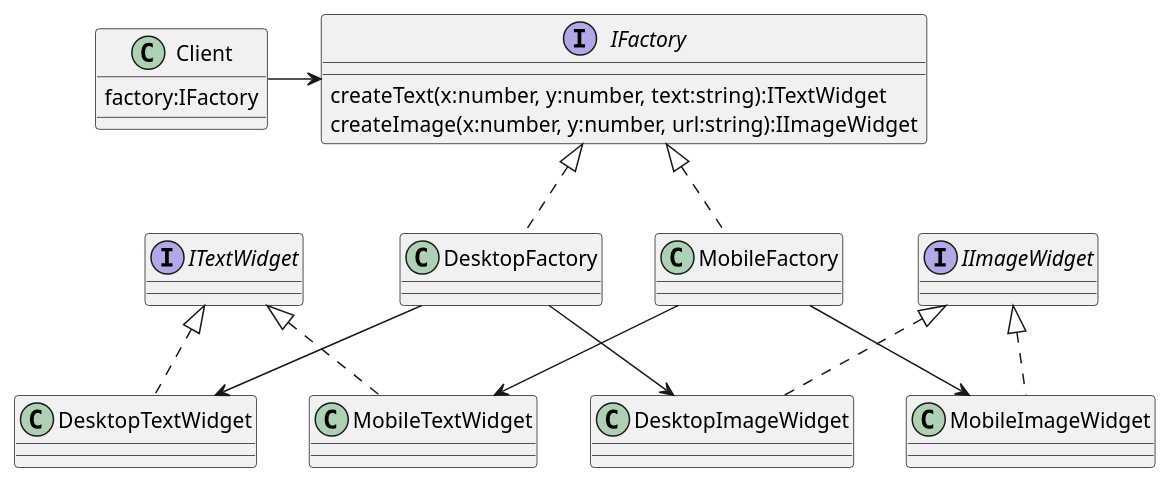
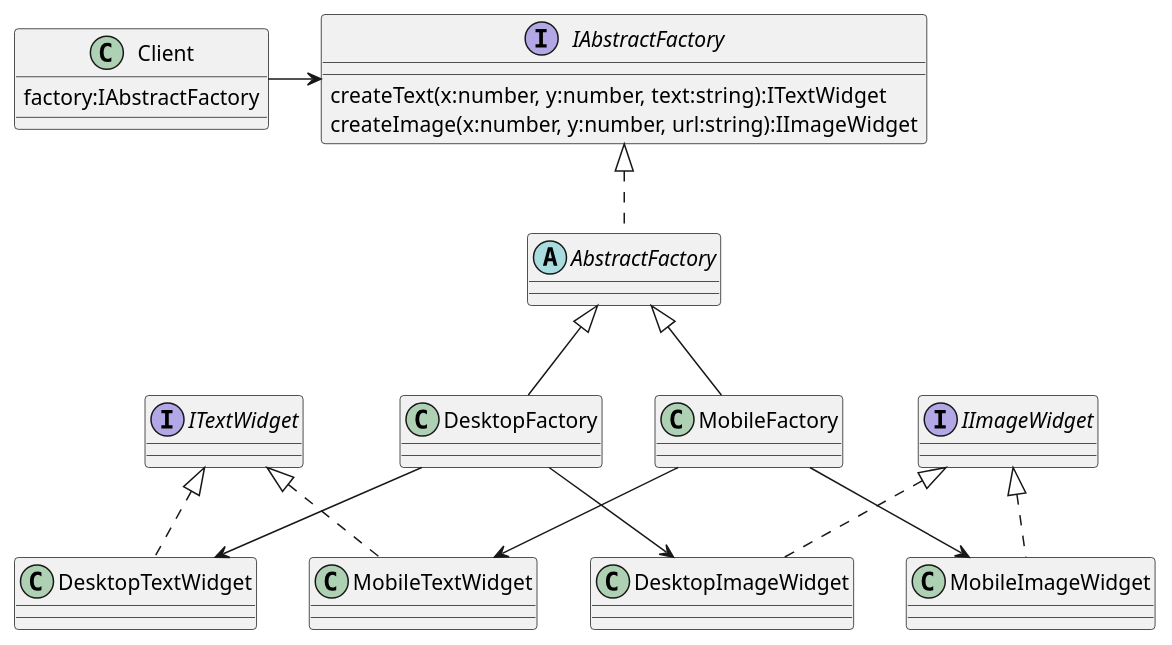
The diagram in creational/abstractfactory/uml.puml (KataevAlexander/patterns), drawn with PlantUML before and after one commit. The commit also changed 3 other files, not shown here.

```diff
--- a/creational/abstractfactory/uml.puml
+++ b/creational/abstractfactory/uml.puml
@@ -1,44 +1,47 @@
 @startuml
 
 class Client {
-    factory:IFactory
+    factory:IAbstractFactory
 }
 
-interface IFactory {
+interface IAbstractFactory {
     createText(x:number, y:number, text:string):ITextWidget
     createImage(x:number, y:number, url:string):IImageWidget
 }
 
 interface ITextWidget {
 }
 
 interface IImageWidget {
 }
 
-class DesktopFactory implements IFactory {
+abstract class AbstractFactory implements IAbstractFactory {
 }
 
-class MobileFactory implements IFactory {
+class DesktopFactory extends AbstractFactory {
+}
+
+class MobileFactory extends AbstractFactory {
 }
 
 class DesktopTextWidget implements ITextWidget {
 }
 
 class DesktopImageWidget implements IImageWidget {
 }
 
 class MobileTextWidget implements ITextWidget {
 }
 
 class MobileImageWidget implements IImageWidget {
 }
 
-Client -> IFactory
+Client -> IAbstractFactory
 
 DesktopFactory --> DesktopTextWidget
 DesktopFactory --> DesktopImageWidget
 
 MobileFactory --> MobileTextWidget
 MobileFactory --> MobileImageWidget
 
 @enduml
```
